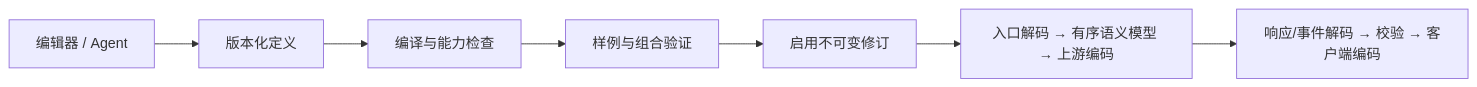
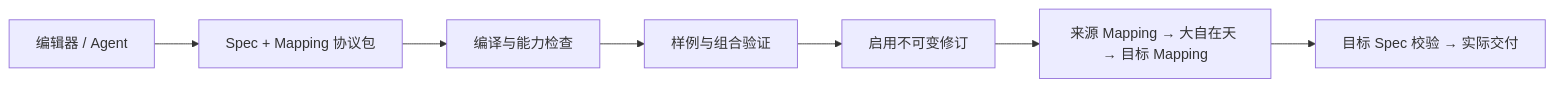
Before and after one commit to PinkElysiaDev/Elysia-Api: the diagram in docs/protocol-guide.md, drawn with Mermaid. The commit also changed other lines of this file and 37 other files, not shown here.

````diff
--- a/docs/protocol-guide.md
+++ b/docs/protocol-guide.md
@@ -11,9 +11,9 @@
 ```mermaid
 flowchart LR
-  A[编辑器 / Agent] --> B[版本化定义]
+  A[编辑器 / Agent] --> B[Spec + Mapping 协议包]
   B --> C[编译与能力检查]
   C --> D[样例与组合验证]
   D --> E[启用不可变修订]
-  E --> F[入口解码 → 有序语义模型 → 上游编码]
-  F --> G[响应/事件解码 → 校验 → 客户端编码]
+  E --> F[来源 Mapping → 大自在天 → 目标 Mapping]
+  F --> G[目标 Spec 校验 → 实际交付]
 ```
````
